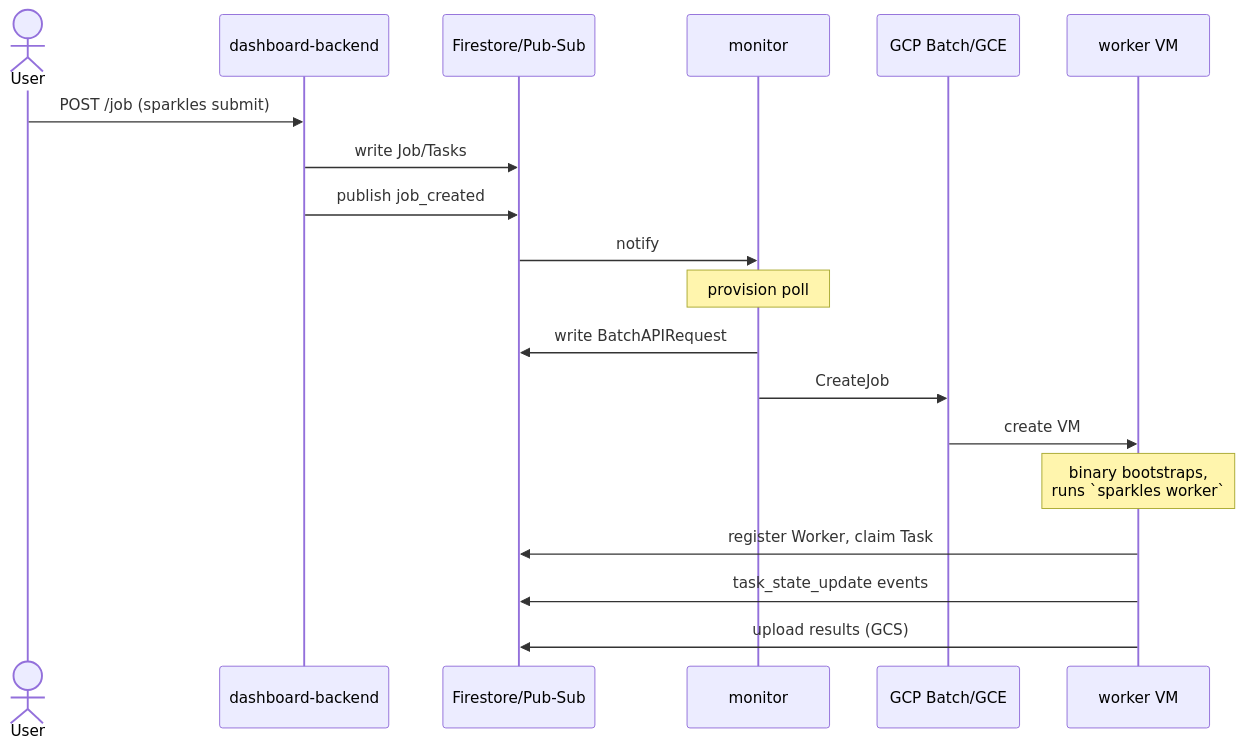
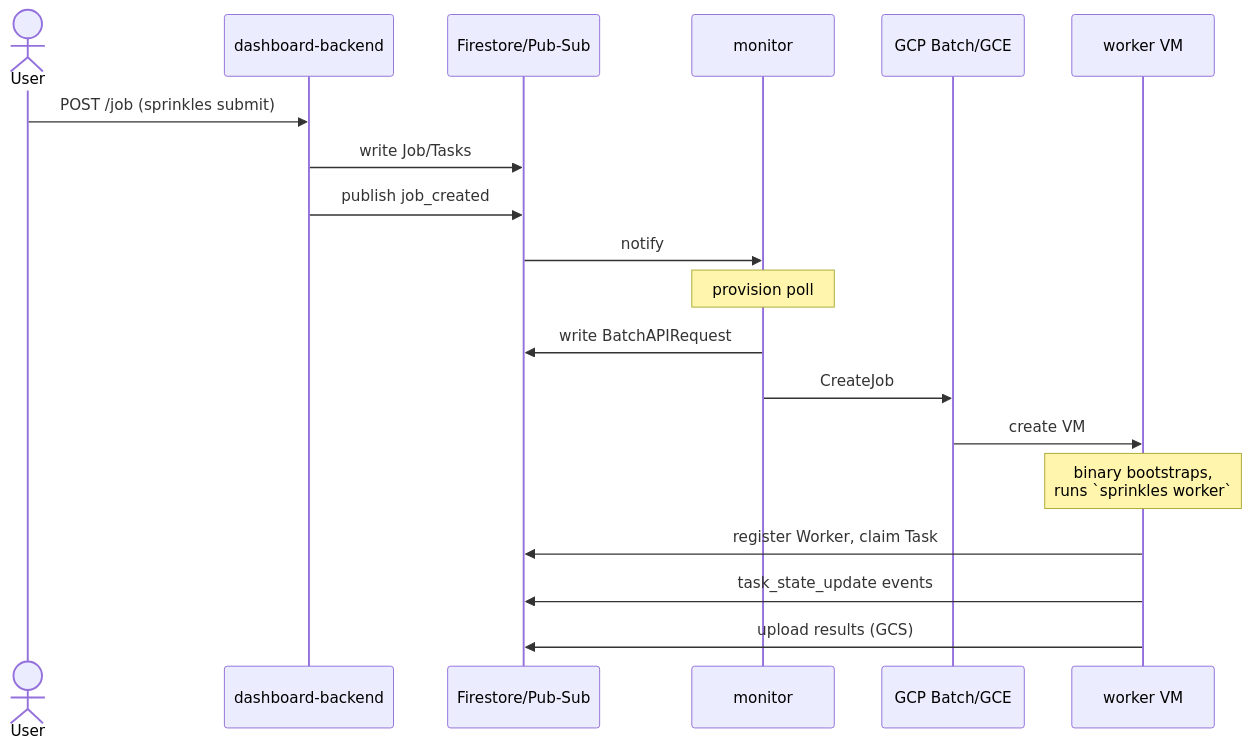
The diagram in docs/arc42/06-runtime-view.md (broadinstitute/sparklespray), drawn with Mermaid before and after one commit. The commit also changed other lines of this file and 187 other files, not shown here.

First line of the commit message:
Rename project from Sparklespray/sparkles to Sprinkles, v100/ to cli/

````diff
--- a/docs/arc42/06-runtime-view.md
+++ b/docs/arc42/06-runtime-view.md
@@ -48,22 +48,22 @@
 ```mermaid
 sequenceDiagram
     actor User
     participant DB as dashboard-backend
     participant FS as Firestore/Pub-Sub
     participant Mon as monitor
     participant Batch as GCP Batch/GCE
     participant W as worker VM
 
-    User->>DB: POST /job (sparkles submit)
+    User->>DB: POST /job (sprinkles submit)
     DB->>FS: write Job/Tasks
     DB->>FS: publish job_created
     FS->>Mon: notify
     Note over Mon: provision poll
     Mon->>FS: write BatchAPIRequest
     Mon->>Batch: CreateJob
     Batch->>W: create VM
-    Note over W: binary bootstraps,<br/>runs `sparkles worker`
+    Note over W: binary bootstraps,<br/>runs `sprinkles worker`
     W->>FS: register Worker, claim Task
     W->>FS: task_state_update events
     W->>FS: upload results (GCS)
 ```
````
